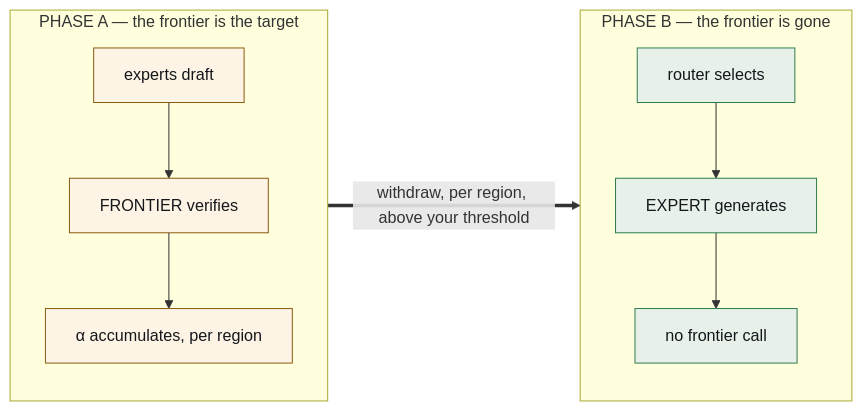
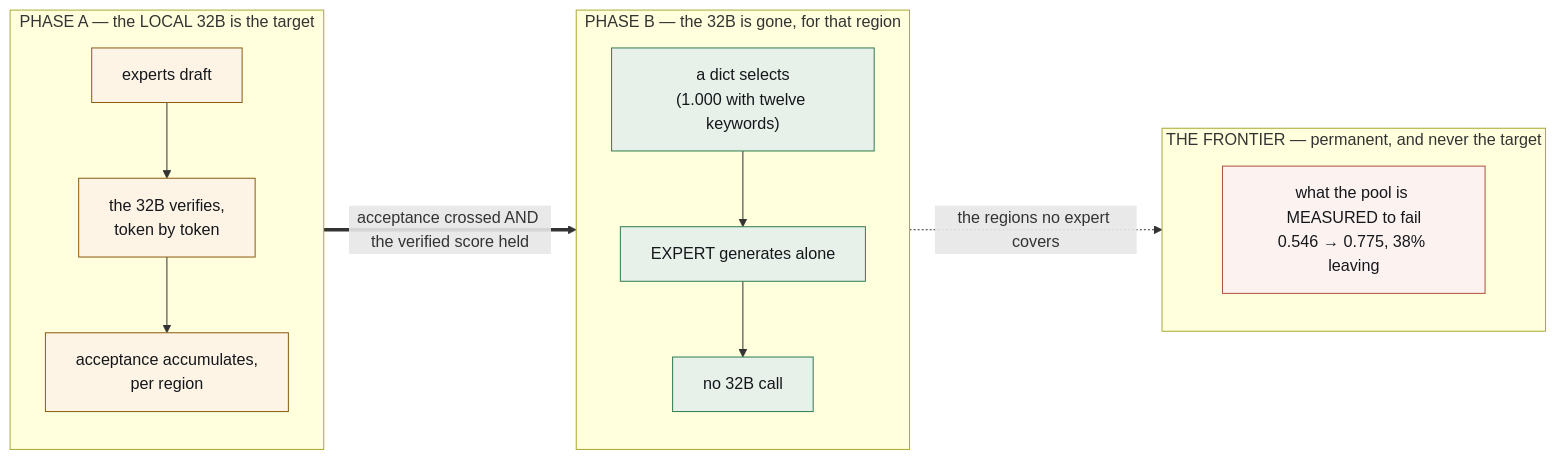
One commit to EvolvingAgentsLabs/lora-kernel changed the second of 2 diagrams in README.md. Above: the diagram before and after it, drawn with Mermaid. The commit also changed other lines of this file and 7 other files, not shown here.

````diff
--- a/README.md
+++ b/README.md
@@ -175,17 +179,24 @@
 ```mermaid
 flowchart LR
-    subgraph PA["PHASE A — the frontier is the target"]
+    subgraph PA["PHASE A — the LOCAL 32B is the target"]
         direction TB
-        A1["experts draft"] --> A2["FRONTIER verifies"] --> A3["α accumulates, per region"]
+        A1["experts draft"] --> A2["the 32B verifies,<br>token by token"] --> A3["acceptance accumulates,<br>per region"]
     end
-    subgraph PB["PHASE B — the frontier is gone"]
+    subgraph PB["PHASE B — the 32B is gone, for that region"]
         direction TB
-        B1["router selects"] --> B2["EXPERT generates"] --> B3["no frontier call"]
+        B1["a dict selects<br>(1.000 with twelve keywords)"] --> B2["EXPERT generates alone"] --> B3["no 32B call"]
     end
-    PA == "withdraw, per region, above your threshold" ==> PB
+    subgraph FR["THE FRONTIER — permanent, and never the target"]
+        direction TB
+        F1["what the pool is MEASURED to fail<br>0.546 → 0.775, 38% leaving"]
+    end
+    PA == "acceptance crossed AND the verified score held" ==> PB
+    PB -. "the regions no expert covers" .-> FR
 
     classDef a fill:#FDF4E6,stroke:#8A5C10,color:#15171B
     classDef b fill:#E7F1EA,stroke:#2E7D4F,color:#15171B
     class A1,A2,A3 a
     class B1,B2,B3 b
+    class F1 f
+    classDef f fill:#FCF3F1,stroke:#B0523C,color:#15171B
 ```
````
